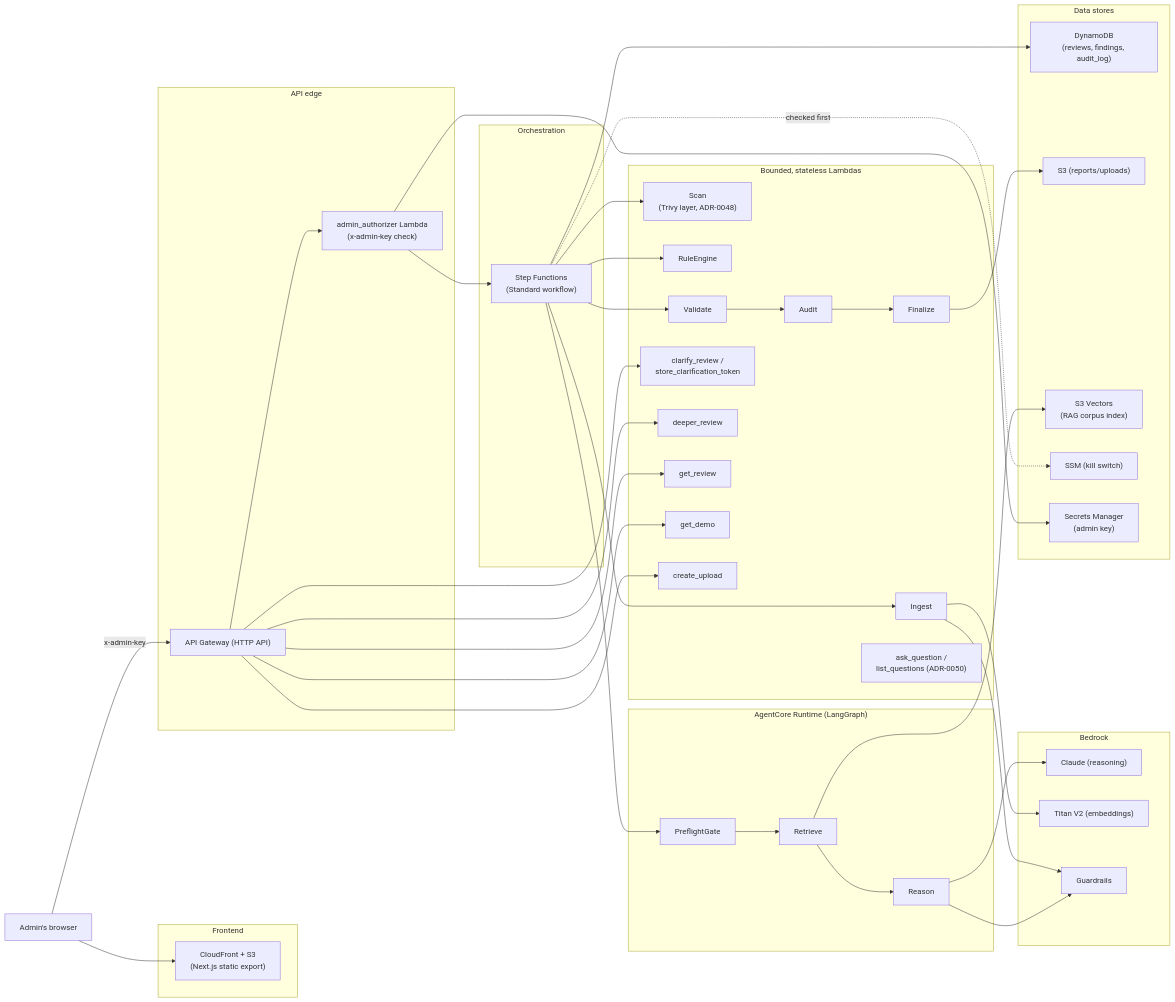
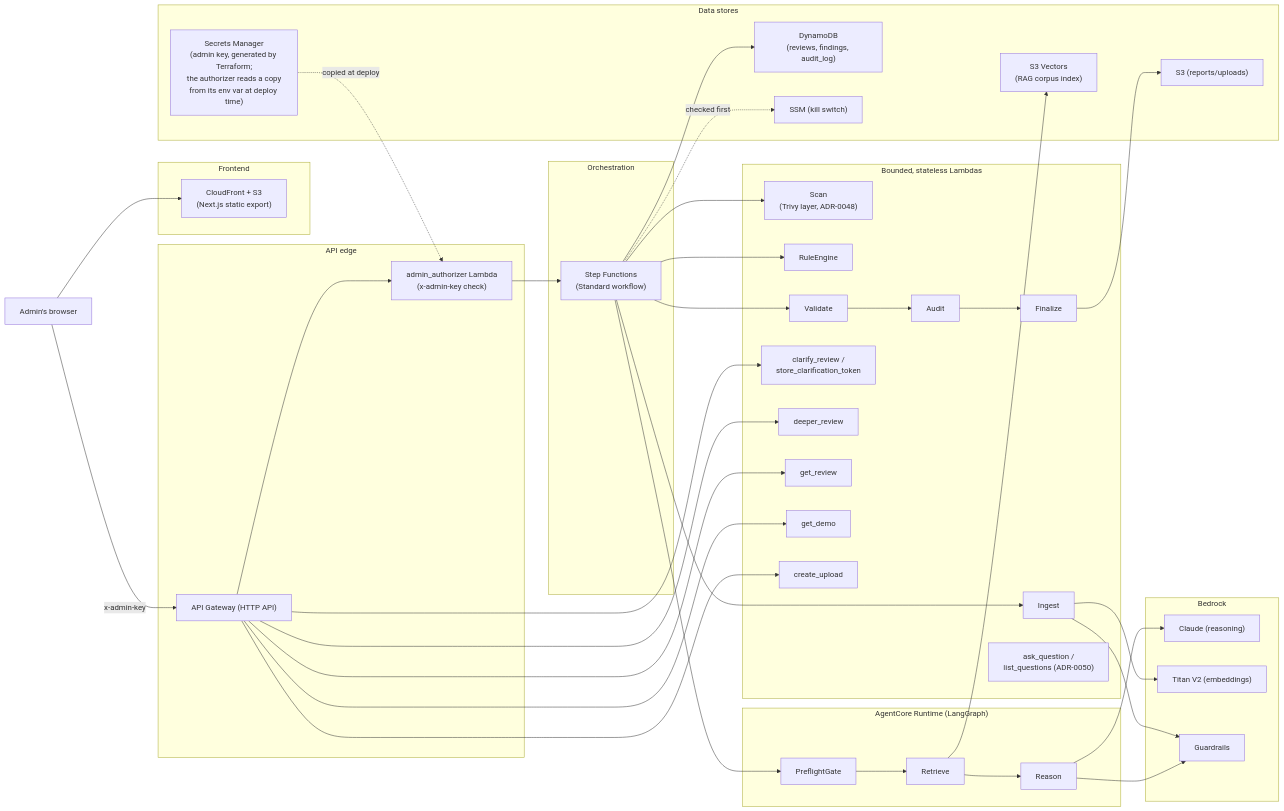
The first of 2 diagrams in docs/architecture.md (nandohtorres/archibrief), drawn with Mermaid before and after one commit. The commit also changed 4 other files, not shown here.

````diff
--- a/docs/architecture.md
+++ b/docs/architecture.md
@@ -10,76 +10,76 @@
 ```mermaid
 flowchart LR
     User["Admin's browser"]
 
     subgraph Frontend["Frontend"]
         CF["CloudFront + S3<br/>(Next.js static export)"]
     end
 
     subgraph Edge["API edge"]
         APIGW["API Gateway (HTTP API)"]
         Auth["admin_authorizer Lambda<br/>(x-admin-key check)"]
     end
 
     subgraph Orchestration["Orchestration"]
         SFN["Step Functions<br/>(Standard workflow)"]
     end
 
     subgraph Compute["Bounded, stateless Lambdas"]
         Ingest["Ingest"]
         Scan["Scan<br/>(Trivy layer, ADR-0048)"]
         Rules["RuleEngine"]
         Validate["Validate"]
         Audit["Audit"]
         Finalize["Finalize"]
         Clarify["clarify_review /<br/>store_clarification_token"]
         Deeper["deeper_review"]
         GetReview["get_review"]
         GetDemo["get_demo"]
         CreateUpload["create_upload"]
         Chat["ask_question /<br/>list_questions (ADR-0050)"]
     end
 
     subgraph Reasoning["AgentCore Runtime (LangGraph)"]
         Preflight["PreflightGate"]
         Retrieve["Retrieve"]
         Reason["Reason"]
     end
 
     subgraph AWSAI["Bedrock"]
         Claude["Claude (reasoning)"]
         Titan["Titan V2 (embeddings)"]
         GR["Guardrails"]
     end
 
     subgraph Data["Data stores"]
         DDB["DynamoDB<br/>(reviews, findings, audit_log)"]
         S3R["S3 (reports/uploads)"]
         S3V["S3 Vectors<br/>(RAG corpus index)"]
         SSM["SSM (kill switch)"]
-        Secrets["Secrets Manager<br/>(admin key)"]
+        Secrets["Secrets Manager<br/>(admin key, generated by Terraform;<br/>the authorizer reads a copy<br/>from its env var at deploy time)"]
     end
 
     User --> CF
     User -->|x-admin-key| APIGW
     APIGW --> Auth
     Auth --> SFN
     APIGW --> GetDemo
     APIGW --> GetReview
     APIGW --> Clarify
     APIGW --> Deeper
     APIGW --> CreateUpload
 
     SFN --> Ingest --> GR
     SFN --> Scan
     SFN --> Rules
     SFN --> Preflight --> Retrieve --> S3V
     Retrieve --> Reason
     Reason --> Claude
     Reason --> GR
     SFN --> Validate --> Audit --> Finalize
     Finalize --> S3R
     SFN --> DDB
     SFN -.->|checked first| SSM
     Ingest --> Titan
-    Auth --> Secrets
+    Secrets -. copied at deploy .-> Auth
 ```
````
